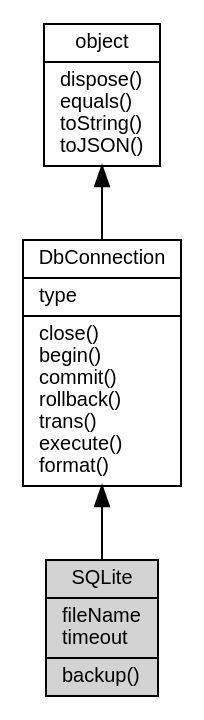
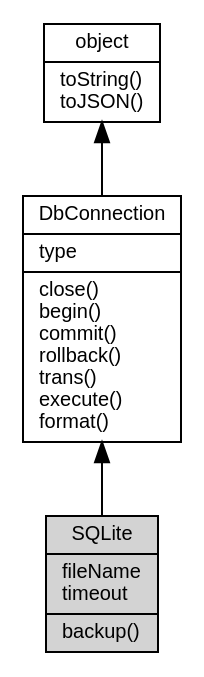
Before and after one commit to asionius/fibjs-ceph: the diagram in docs/object/ifs/SQLite.md, drawn with Graphviz. The commit also changed other lines of this file and 138 other files, not shown here.

````diff
--- a/docs/object/ifs/SQLite.md
+++ b/docs/object/ifs/SQLite.md
@@ -11,12 +11,12 @@
 ```dot
 digraph {
     node [fontname="Helvetica,sans-Serif", fontsize=10, shape="record", style="filled", fillcolor="white"];
 
-    object [tooltip="object", URL="object.md", label="{object|dispose()\lequals()\ltoString()\ltoJSON()\l}"];
+    object [tooltip="object", URL="object.md", label="{object|toString()\ltoJSON()\l}"];
     DbConnection [tooltip="DbConnection", URL="DbConnection.md", label="{DbConnection|type\l|close()\lbegin()\lcommit()\lrollback()\ltrans()\lexecute()\lformat()\l}"];
-    SQLite [tooltip="SQLite", fillcolor="lightgray", label="{SQLite|fileName\ltimeout\l|backup()\l}"];
+    SQLite [tooltip="SQLite", fillcolor="lightgray", id="me", label="{SQLite|fileName\ltimeout\l|backup()\l}"];
 
     object -> DbConnection [dir=back];
     DbConnection -> SQLite [dir=back];
 }
 ```
````
